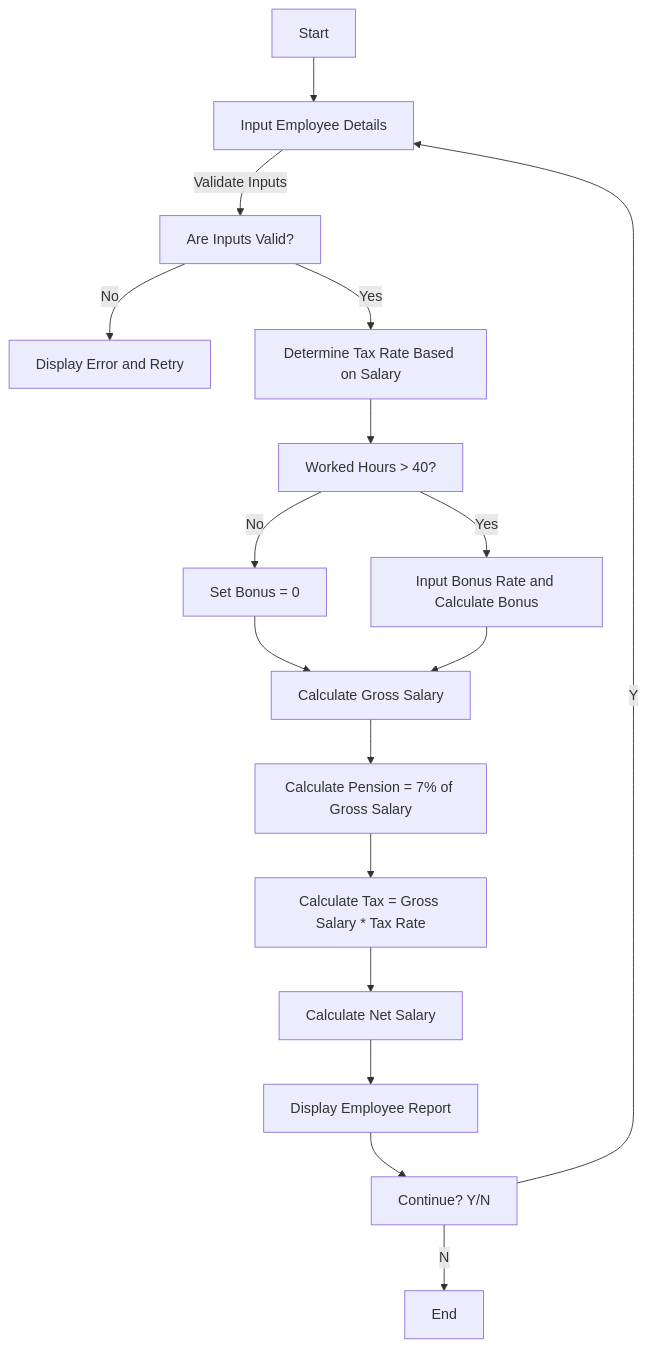
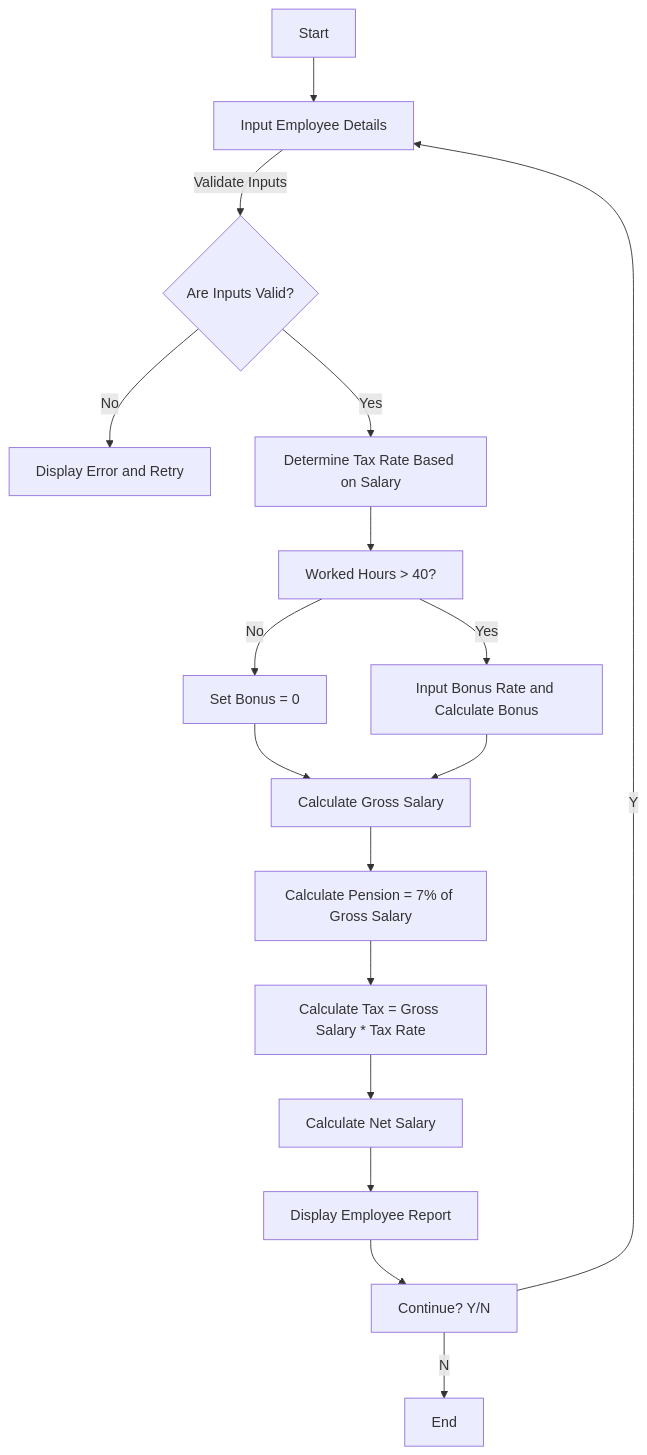
One commit to SWEG-2016EC-Batch/Byte-Me changed the diagram in ETS1249_Sayzana_Kibru/Salary_2_problem_analysis&flowchart.md. Above: the diagram before and after it, drawn with Mermaid.

````diff
--- a/ETS1249_Sayzana_Kibru/Salary_2_problem_analysis&flowchart.md
+++ b/ETS1249_Sayzana_Kibru/Salary_2_problem_analysis&flowchart.md
@@ -36,19 +36,19 @@
 ```mermaid
 flowchart TD
     Start[Start] --> InputDetails[Input Employee Details]
-    InputDetails -->|Validate Inputs| Validation[Are Inputs Valid?]
+    InputDetails -->|Validate Inputs| Validation{Are Inputs Valid?}
     Validation -->|No| Error[Display Error and Retry]
     Validation -->|Yes| TaxRate[Determine Tax Rate Based on Salary]
     TaxRate --> OvertimeCheck[Worked Hours > 40?]
     OvertimeCheck -->|No| NoBonus[Set Bonus = 0]
     OvertimeCheck -->|Yes| CalcBonus[Input Bonus Rate and Calculate Bonus]
     NoBonus --> GrossSalary[Calculate Gross Salary]
     CalcBonus --> GrossSalary
     GrossSalary --> Pension[Calculate Pension = 7% of Gross Salary]
     Pension --> Tax[Calculate Tax = Gross Salary * Tax Rate]
     Tax --> NetSalary[Calculate Net Salary]
     NetSalary --> Display[Display Employee Report]
     Display --> Continue[Continue? Y/N]
     Continue -->|Y| InputDetails
     Continue -->|N| End[End]
 ```
````
